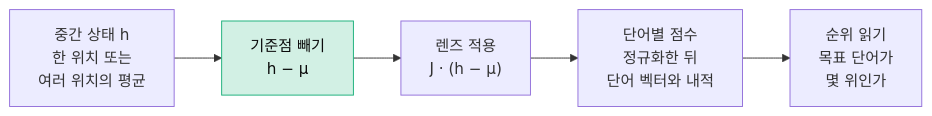
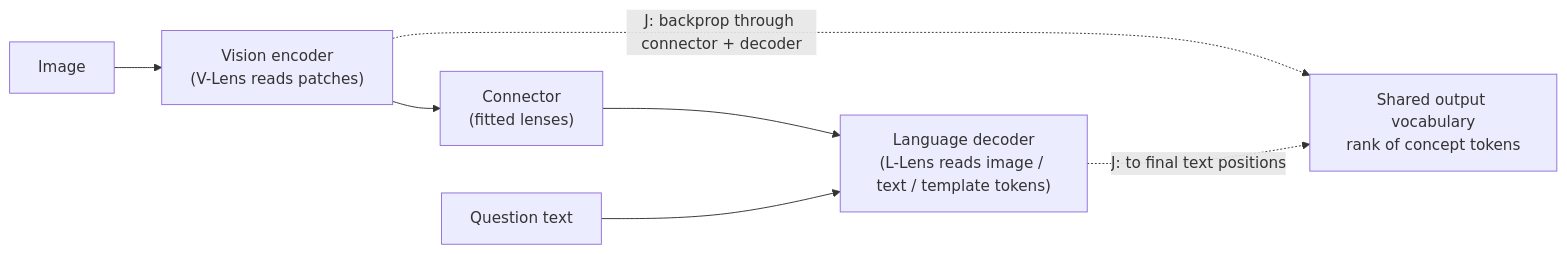
One commit to jinuk0211/Looped-transformer changed the diagram in mc-lens.md. Above: the diagram before and after it, drawn with Mermaid. The commit also changed other lines of this file, not shown here.

````diff
--- a/mc-lens.md
+++ b/mc-lens.md
@@ -87,10 +67,9 @@
 ```mermaid
 flowchart LR
-    A["중간 상태 h<br/>한 위치 또는<br/>여러 위치의 평균"] --> B["기준점 빼기<br/>h − μ"]
-    B --> C["렌즈 적용<br/>J · (h − μ)"]
-    C --> D["단어별 점수<br/>정규화한 뒤<br/>단어 벡터와 내적"]
-    D --> E["순위 읽기<br/>목표 단어가<br/>몇 위인가"]
-
-    classDef hi fill:#d2f0e4,stroke:#1baf7a,color:#0b0b0b
-    class B hi
+    I["Image"] --> E["Vision encoder<br/>(V-Lens reads patches)"]
+    E --> C["Connector<br/>(fitted lenses)"]
+    C --> D["Language decoder<br/>(L-Lens reads image / text / template tokens)"]
+    Q["Question text"] --> D
+    E -.->|"J: backprop through connector + decoder"| V["Shared output vocabulary<br/>rank of concept tokens"]
+    D -.->|"J: to final text positions"| V
 ```
````
